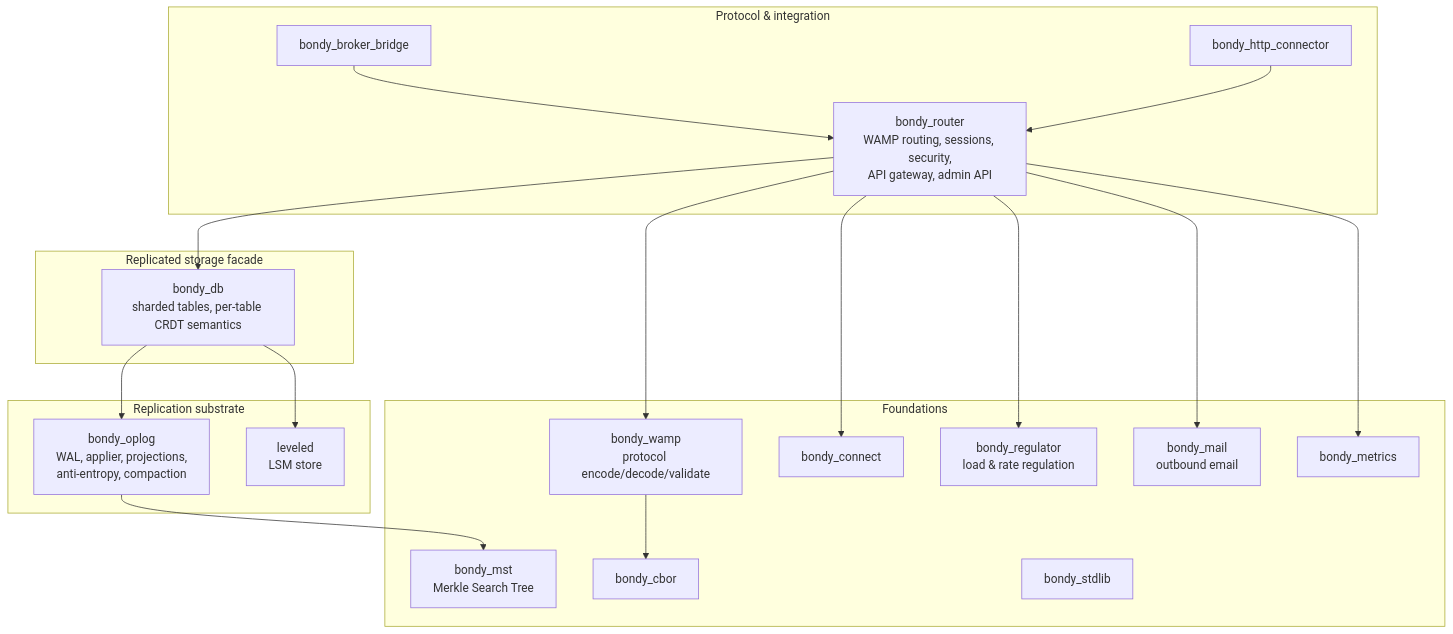
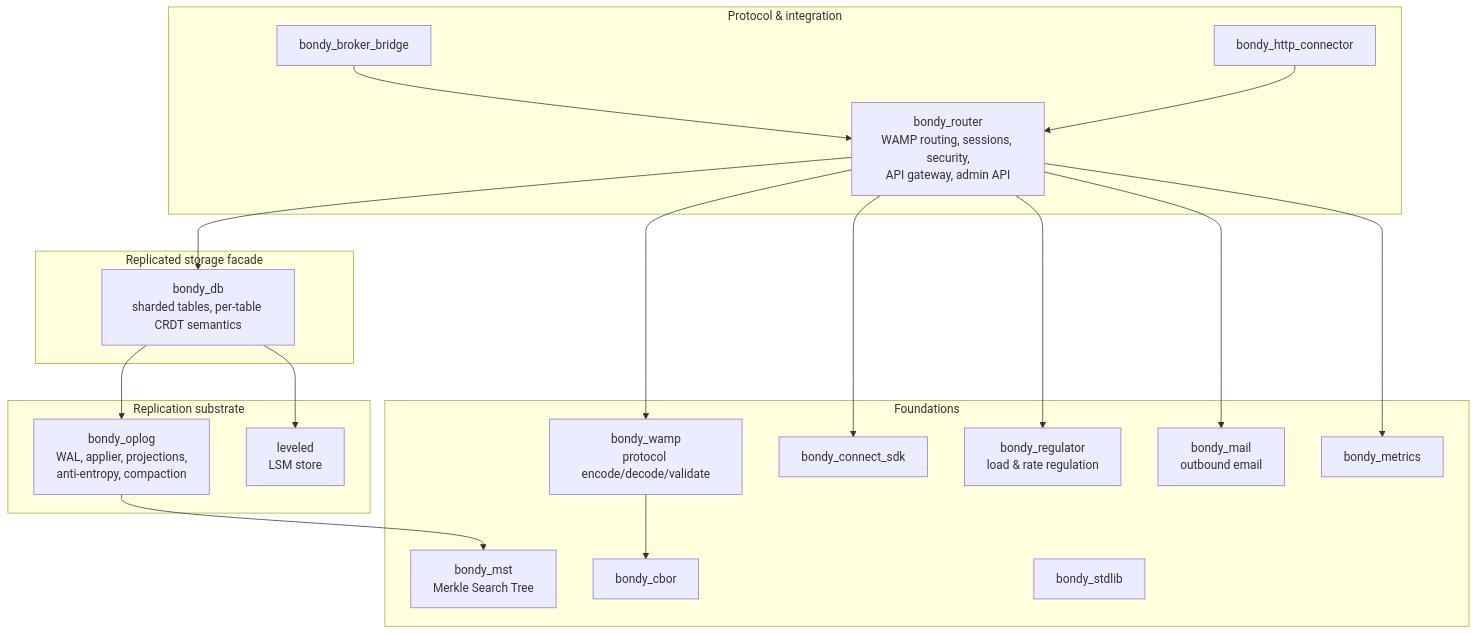
Before and after one commit to bondy-io/bondy: the diagram in doc/guides/architecture/view_module_decomposition.md, drawn with Mermaid. The commit also changed other lines of this file and 349 other files, not shown here.

Commit message:
New listeners architecture, upgrade to OTP and latest Cowboy

````diff
--- a/doc/guides/architecture/view_module_decomposition.md
+++ b/doc/guides/architecture/view_module_decomposition.md
@@ -11,37 +11,37 @@
 ```mermaid
 flowchart TD
     subgraph L4["Protocol & integration"]
         ROUTER[bondy_router<br/>WAMP routing, sessions, security,<br/>API gateway, admin API]
         BRIDGE[bondy_broker_bridge]
         HTTPC[bondy_http_connector]
     end
     subgraph L3["Replicated storage facade"]
         DB[bondy_db<br/>sharded tables, per-table CRDT semantics]
     end
     subgraph L2["Replication substrate"]
         OPLOG[bondy_oplog<br/>WAL, applier, projections,<br/>anti-entropy, compaction]
         LEVELED[leveled<br/>LSM store]
     end
     subgraph L1["Foundations"]
         MST[bondy_mst<br/>Merkle Search Tree]
         WAMP[bondy_wamp<br/>protocol encode/decode/validate]
         CBOR[bondy_cbor]
-        CONNECT[bondy_connect]
+        CONNECT[bondy_connect_sdk]
         REG[bondy_regulator<br/>load & rate regulation]
         MAIL[bondy_mail<br/>outbound email]
         METRICS[bondy_metrics]
         STDLIB[bondy_stdlib]
     end
     ROUTER --> DB
     ROUTER --> WAMP
     ROUTER --> CONNECT
     ROUTER --> REG
     ROUTER --> MAIL
     ROUTER --> METRICS
     WAMP --> CBOR
     BRIDGE --> ROUTER
     HTTPC --> ROUTER
     DB --> OPLOG
     DB --> LEVELED
     OPLOG --> MST
 ```
````
